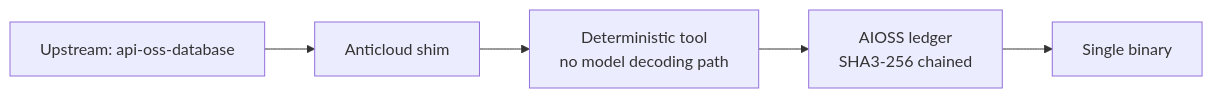
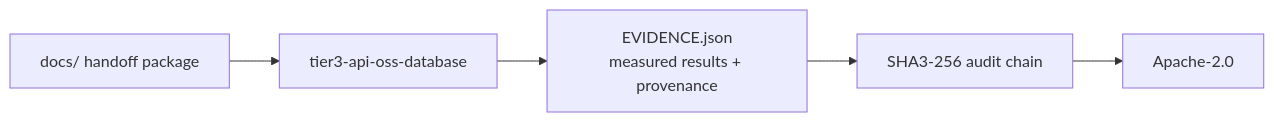
One commit to the-anticloud/tier3-api-oss-database changed the diagram in README.md. Above: the diagram before and after it, drawn with Mermaid. The commit also changed other lines of this file and 10 other files, not shown here.

````diff
--- a/README.md
+++ b/README.md
@@ -11,7 +22,7 @@
 ```mermaid
 graph LR
-    U[Upstream: api-oss-database] --> S[Anticloud shim]
-    S --> T[Deterministic tool<br/>no model decoding path]
-    T --> A[AIOSS ledger<br/>SHA3-256 chained]
-    A --> B[Single binary]
+    D[docs/ handoff package] --> R[tier3-api-oss-database]
+    R --> E[EVIDENCE.json\nmeasured results + provenance]
+    E --> A[SHA3-256 audit chain]
+    A --> L[Apache-2.0]
 ```
````
